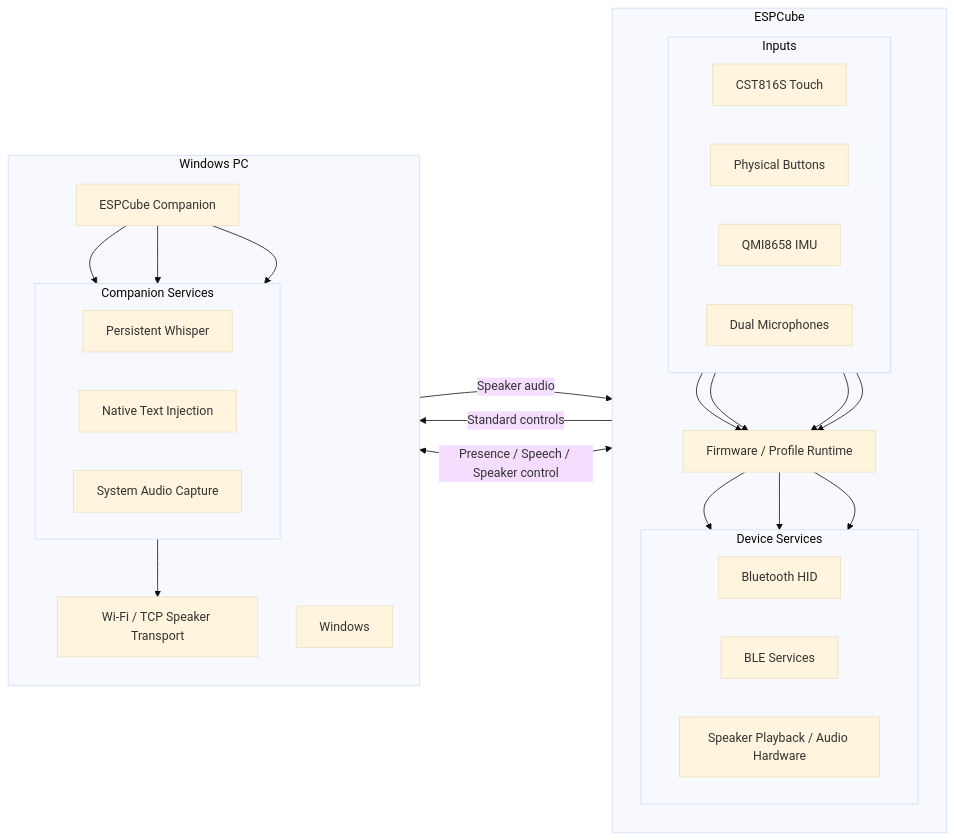
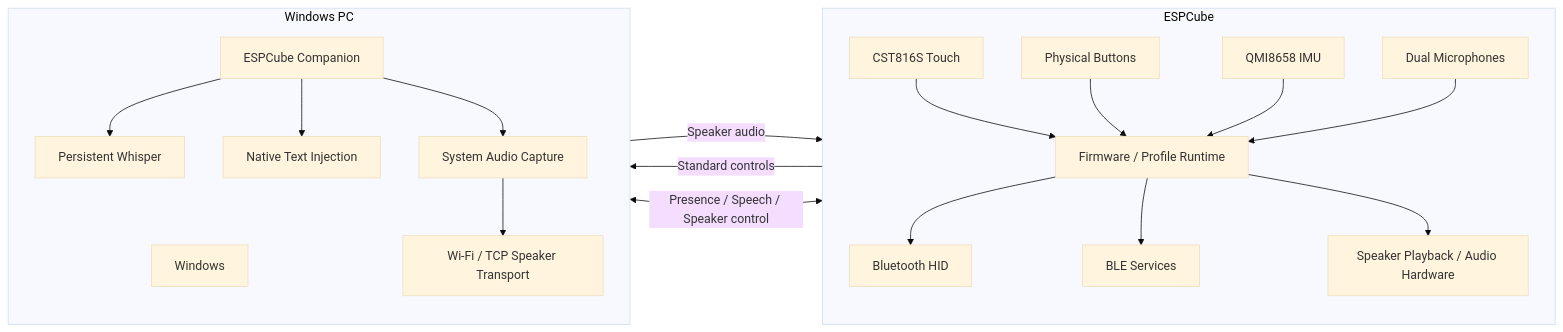
The third of 5 diagrams in README.md (hasan-bukhari-dev/ESPCube), drawn with Mermaid (base theme) before and after one commit.

````diff
--- a/README.md
+++ b/README.md
@@ -211,60 +211,50 @@
 ```mermaid
 flowchart LR
 
     subgraph CUBE["ESPCube"]
         direction TB
 
-        subgraph INPUTS["Inputs"]
-            direction LR
-            TOUCH["CST816S Touch"]
-            BUTTONS["Physical Buttons"]
-            IMU["QMI8658 IMU"]
-            MICS["Dual Microphones"]
-        end
+        TOUCH["CST816S Touch"]
+        BUTTONS["Physical Buttons"]
+        IMU["QMI8658 IMU"]
+        MICS["Dual Microphones"]
 
         FW["Firmware / Profile Runtime"]
 
-        subgraph DEVICE_PATHS["Device Services"]
-            direction LR
-            HID["Bluetooth HID"]
-            BLE["BLE Services"]
-            AUDIO["Speaker Playback / Audio Hardware"]
-        end
+        HID["Bluetooth HID"]
+        BLE["BLE Services"]
+        AUDIO["Speaker Playback / Audio Hardware"]
 
         TOUCH --> FW
         BUTTONS --> FW
         IMU --> FW
         MICS --> FW
 
         FW --> HID
         FW --> BLE
         FW --> AUDIO
     end
 
 
     subgraph PC["Windows PC"]
         direction TB
 
         WINDOWS["Windows"]
         COMP["ESPCube Companion"]
 
-        subgraph HOST_SERVICES["Companion Services"]
-            direction LR
-            WHISPER["Persistent Whisper"]
-            INPUT["Native Text Injection"]
-            CAPTURE["System Audio Capture"]
-        end
-
-        WIFI["Wi-Fi / TCP Speaker Transport"]
+        WHISPER["Persistent Whisper"]
+        INPUT["Native Text Injection"]
+        CAPTURE["System Audio Capture"]
+        TCP["Wi-Fi / TCP Speaker Transport"]
 
         COMP --> WHISPER
         COMP --> INPUT
         COMP --> CAPTURE
-        CAPTURE --> WIFI
+        CAPTURE --> TCP
     end
 
 
     HID -->|"Standard controls"| WINDOWS
     BLE <-->|"Presence / Speech / Speaker control"| COMP
-    WIFI -->|"Speaker audio"| AUDIO
+    TCP -->|"Speaker audio"| AUDIO
 ```
````
